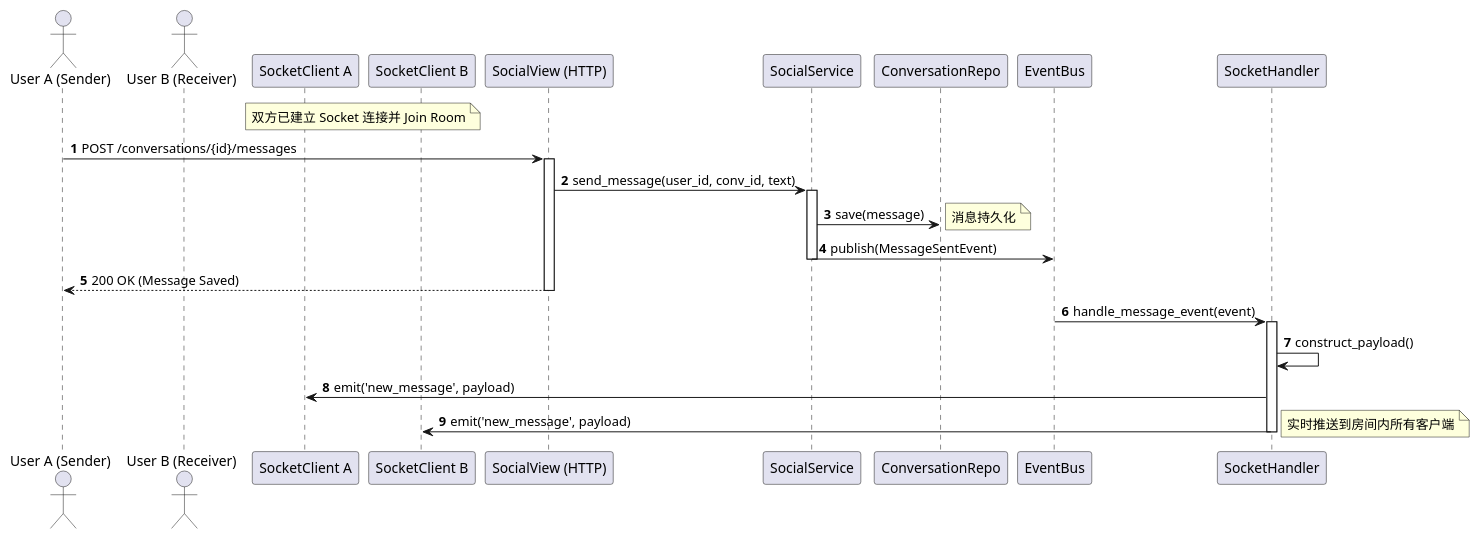
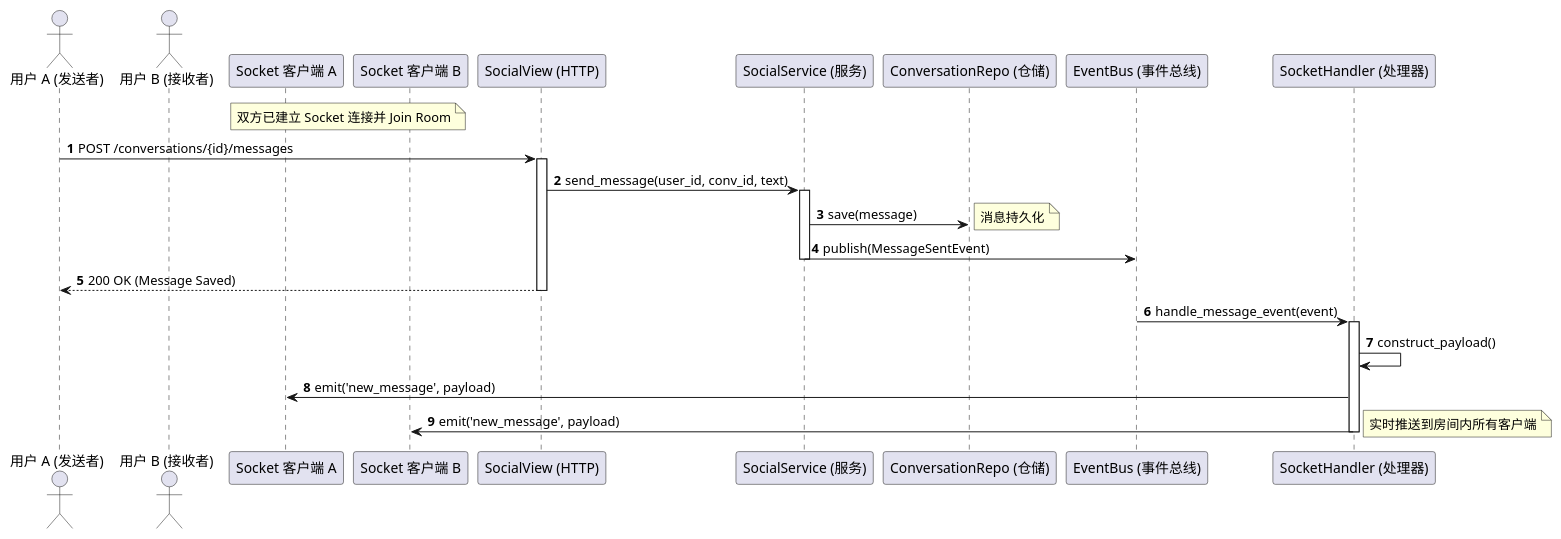
One commit to maroonxv/TravelShare changed the third of 4 diagrams in doc/design/architecture_design/scenario_view.md. Above: the diagram before and after it, drawn with PlantUML. The commit also changed other lines of this file and 59 other files, not shown here.

````diff
--- a/doc/design/architecture_design/scenario_view.md
+++ b/doc/design/architecture_design/scenario_view.md
@@ -183,40 +175,40 @@
 ```plantuml
 @startuml
 autonumber
-actor "User A (Sender)" as Sender
-actor "User B (Receiver)" as Receiver
-participant "SocketClient A" as ClientA
-participant "SocketClient B" as ClientB
+actor "用户 A (发送者)" as Sender
+actor "用户 B (接收者)" as Receiver
+participant "Socket 客户端 A" as ClientA
+participant "Socket 客户端 B" as ClientB
 participant "SocialView (HTTP)" as API
-participant "SocialService" as Service
-participant "ConversationRepo" as Repo
-participant "EventBus" as Bus
-participant "SocketHandler" as SocketServer
+participant "SocialService (服务)" as Service
+participant "ConversationRepo (仓储)" as Repo
+participant "EventBus (事件总线)" as Bus
+participant "SocketHandler (处理器)" as SocketServer
 
 note over ClientA, ClientB: 双方已建立 Socket 连接并 Join Room
 
 Sender -> API: POST /conversations/{id}/messages
 activate API
 
 API -> Service: send_message(user_id, conv_id, text)
 activate Service
 
 Service -> Repo: save(message)
 note right: 消息持久化
 
 Service -> Bus: publish(MessageSentEvent)
 deactivate Service
 API --> Sender: 200 OK (Message Saved)
 deactivate API
 
 Bus -> SocketServer: handle_message_event(event)
 activate SocketServer
 
 SocketServer -> SocketServer: construct_payload()
 SocketServer -> ClientA: emit('new_message', payload)
 SocketServer -> ClientB: emit('new_message', payload)
 note right: 实时推送到房间内所有客户端
 
 deactivate SocketServer
 @enduml
 ```
````
